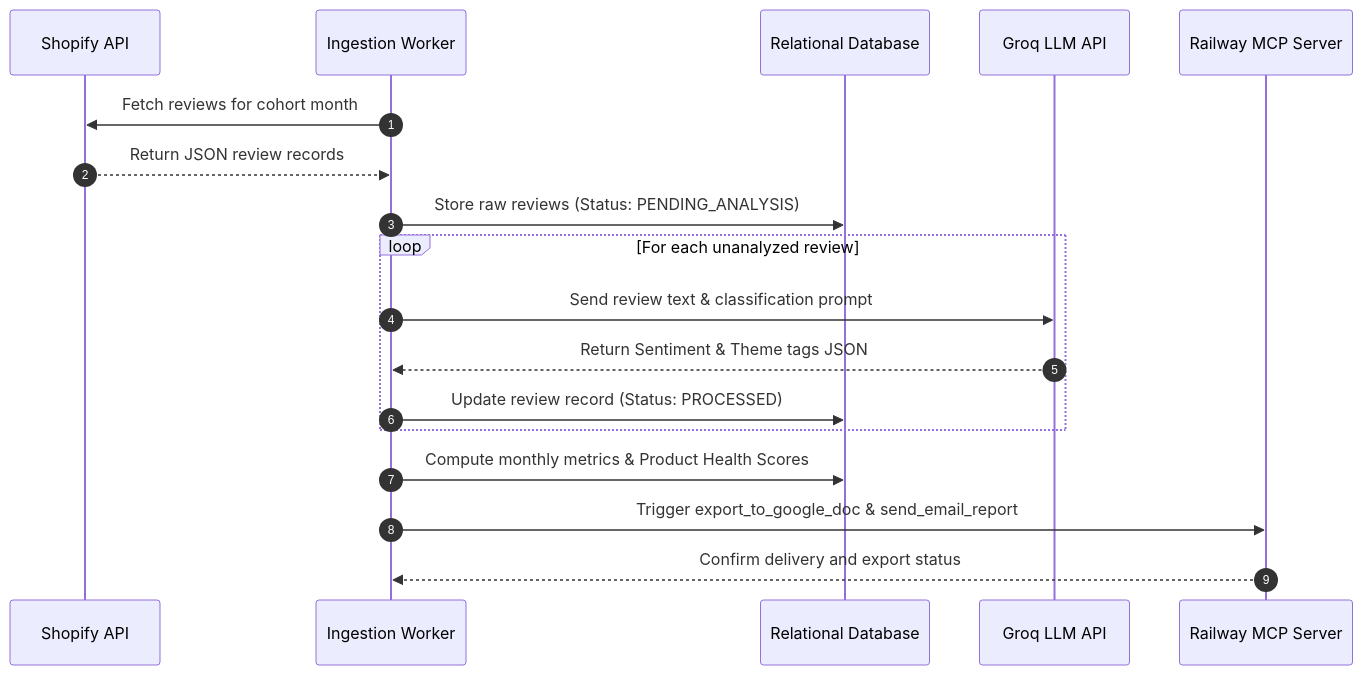
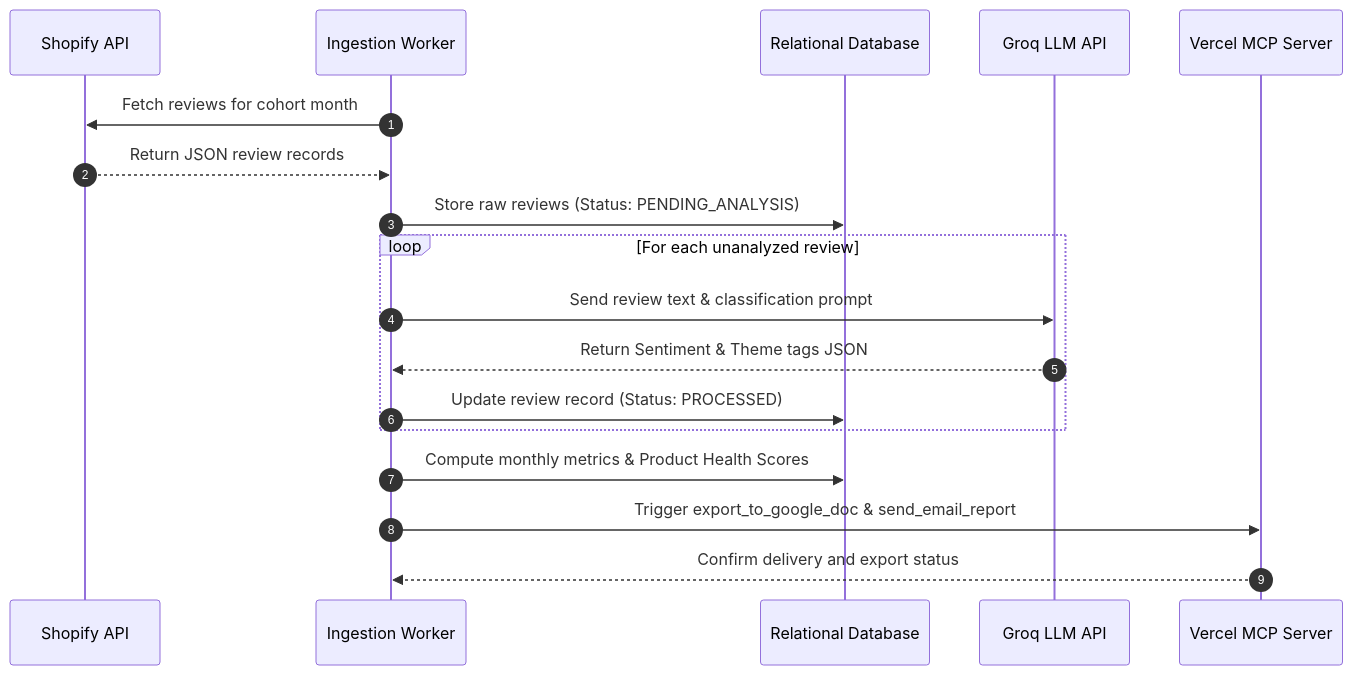
The first of 2 diagrams in docs/architecture.md (sunidhi-mishra/PopflexReviewIntelligenceDashboard), drawn with Mermaid before and after one commit. The commit also changed other lines of this file and 15 other files, not shown here.

````diff
--- a/docs/architecture.md
+++ b/docs/architecture.md
@@ -68,23 +68,23 @@
 ```mermaid
 sequenceDiagram
     autonumber
     participant Shopify as Shopify API
     participant Ingest as Ingestion Worker
     participant DB as Relational Database
     participant Groq as Groq LLM API
-    participant MCP as Railway MCP Server
+    participant MCP as Vercel MCP Server
     
     Ingest->>Shopify: Fetch reviews for cohort month
     Shopify-->>Ingest: Return JSON review records
     Ingest->>DB: Store raw reviews (Status: PENDING_ANALYSIS)
     
     loop For each unanalyzed review
         Ingest->>Groq: Send review text & classification prompt
         Groq-->>Ingest: Return Sentiment & Theme tags JSON
         Ingest->>DB: Update review record (Status: PROCESSED)
     end
     
     Ingest->>DB: Compute monthly metrics & Product Health Scores
     Ingest->>MCP: Trigger export_to_google_doc & send_email_report
     MCP-->>Ingest: Confirm delivery and export status
 ```
````
